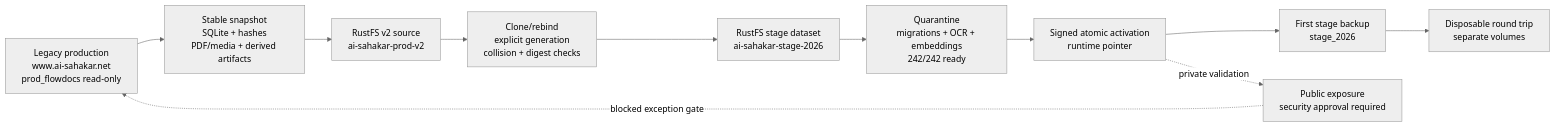
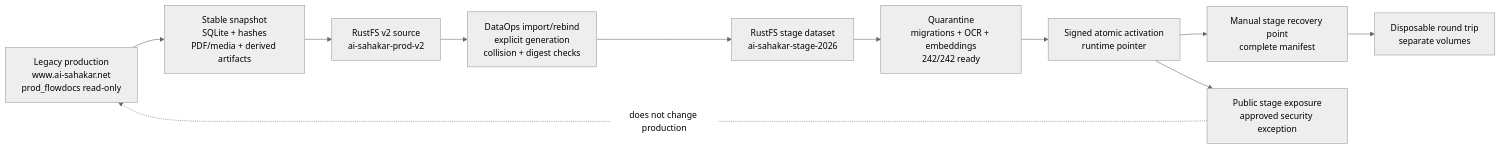
One commit to Nimble-esolutions/PdfSearch changed the diagram in docs/diagrams/legacy-to-stage-2026.mmd. Above: the diagram before and after it, drawn with Mermaid (neutral theme). The commit also changed 51 other files, not shown here.

Commit message:
docs: reconcile DataOps and VaultOps architecture truth

```diff
--- a/docs/diagrams/legacy-to-stage-2026.mmd
+++ b/docs/diagrams/legacy-to-stage-2026.mmd
@@ -1,15 +1,15 @@
 flowchart LR
   L["Legacy production<br/>www.ai-sahakar.net<br/>prod_flowdocs read-only"]
   I["Stable snapshot<br/>SQLite + hashes<br/>PDF/media + derived artifacts"]
   V["RustFS v2 source<br/>ai-sahakar-prod-v2"]
-  C["Clone/rebind<br/>explicit generation<br/>collision + digest checks"]
+  C["DataOps import/rebind<br/>explicit generation<br/>collision + digest checks"]
   S["RustFS stage dataset<br/>ai-sahakar-stage-2026"]
   Q["Quarantine<br/>migrations + OCR + embeddings<br/>242/242 ready"]
   A["Signed atomic activation<br/>runtime pointer"]
-  B["First stage backup<br/>stage_2026"]
+  B["Manual stage recovery point<br/>complete manifest"]
   R["Disposable round trip<br/>separate volumes"]
-  P["Public exposure<br/>security approval required"]
+  P["Public stage exposure<br/>approved security exception"]
 
   L --> I --> V --> C --> S --> Q --> A --> B --> R
-  A -. private validation .-> P
-  P -. blocked exception gate .-> L
+  A --> P
+  P -. does not change production .-> L
```
